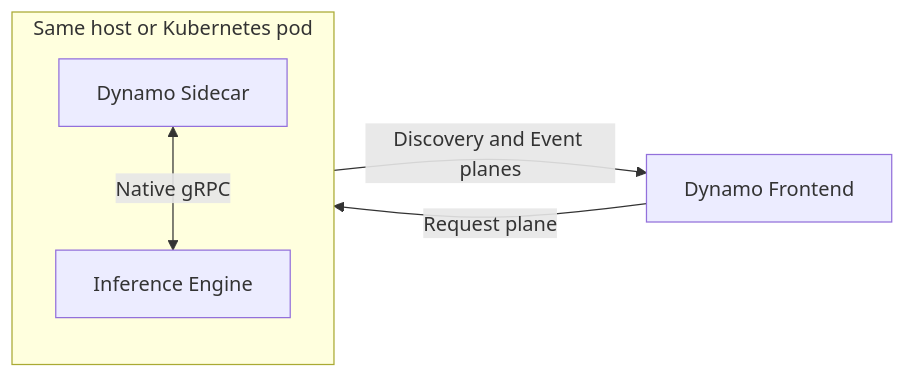
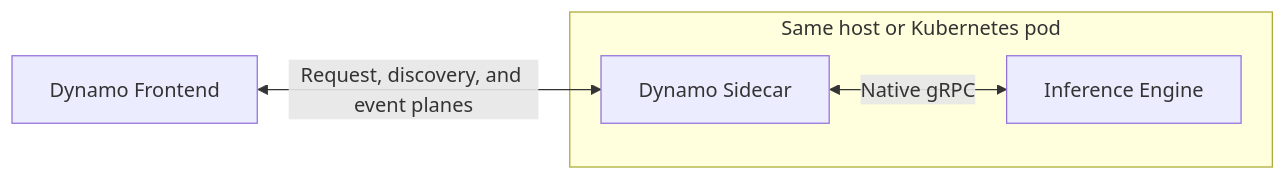
One commit to ai-dynamo/dynamo changed the diagram in docs/fern/pages/developer-guide/knowledge-base/concepts/system-architecture/sidecar-backends.md. Above: the diagram before and after it, drawn with Mermaid. The commit also changed 6 other files, not shown here.

Commit message:
docs(sidecar): simplify topology diagrams for Fern rendering

````diff
--- a/docs/fern/pages/developer-guide/knowledge-base/concepts/system-architecture/sidecar-backends.md
+++ b/docs/fern/pages/developer-guide/knowledge-base/concepts/system-architecture/sidecar-backends.md
@@ -31,10 +31,7 @@
 ```mermaid
 flowchart LR
-  F[Dynamo Frontend]
+  F[Dynamo Frontend] <-->|Request, discovery, and event planes| S
   subgraph W[Same host or Kubernetes pod]
-    direction TB
     S[Dynamo Sidecar] <-->|Native gRPC| E[Inference Engine]
   end
-  F -->|Request plane| S
-  S -->|Discovery and Event planes| F
 ```
````
